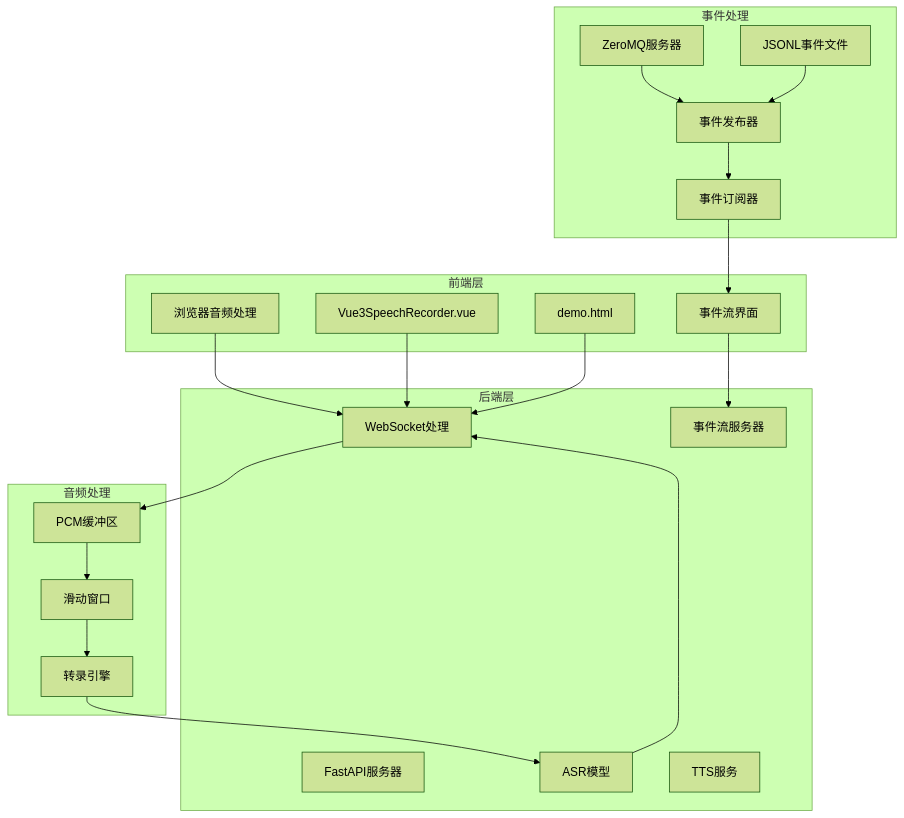
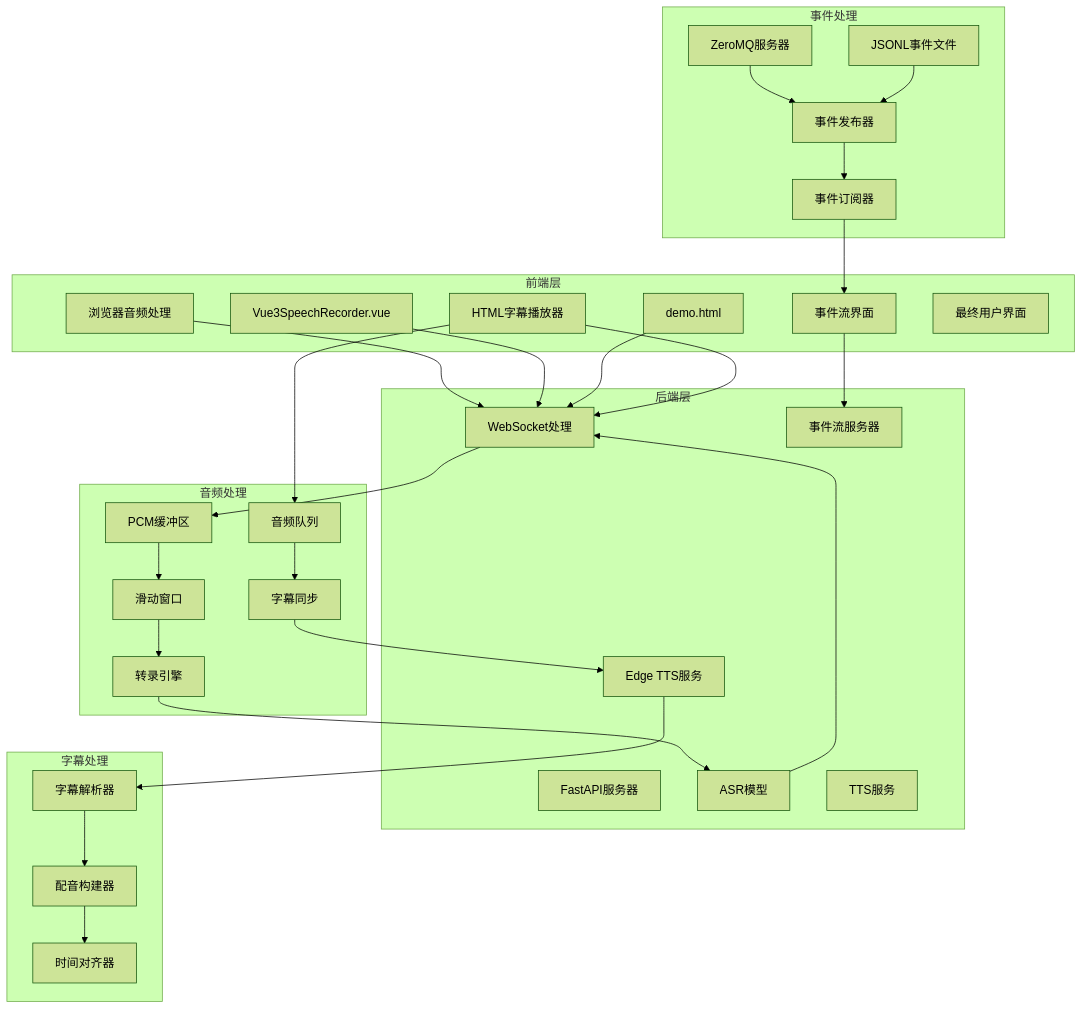
One commit to 1024dashen/Vue3Speech changed the first of 13 diagrams in .qoder/repowiki/zh/content/后端服务架构/WebSocket实时处理.md. Above: the diagram before and after it, drawn with Mermaid (forest theme). The commit also changed other lines of this file and 7 other files, not shown here.

````diff
--- a/.qoder/repowiki/zh/content/后端服务架构/WebSocket实时处理.md
+++ b/.qoder/repowiki/zh/content/后端服务架构/WebSocket实时处理.md
@@ -48,40 +54,57 @@
 ```mermaid
 graph TB
 subgraph "前端层"
 Vue[Vue3SpeechRecorder.vue]
 Demo[demo.html]
+SubtitlePlayer[HTML字幕播放器]
 Browser[浏览器音频处理]
 EventUI[事件流界面]
+EndUser[最终用户界面]
 end
 subgraph "后端层"
 FastAPI[FastAPI服务器]
 WebSocket[WebSocket处理]
 ASR[ASR模型]
 TTS[TTS服务]
 EventServer[事件流服务器]
+EdgeTTS[Edge TTS服务]
 end
 subgraph "音频处理"
 Buffer[PCM缓冲区]
 Window[滑动窗口]
 Transcribe[转录引擎]
+AudioQueue[音频队列]
+SubtitleSync[字幕同步]
 end
 subgraph "事件处理"
 ZMQServer[ZeroMQ服务器]
 EventPublisher[事件发布器]
 EventSubscriber[事件订阅器]
 EventFile[JSONL事件文件]
 end
+subgraph "字幕处理"
+SubtitleParser[字幕解析器]
+VoiceoverBuilder[配音构建器]
+TimeAligner[时间对齐器]
+end
 Browser --> WebSocket
 Vue --> WebSocket
 Demo --> WebSocket
+SubtitlePlayer --> WebSocket
 EventUI --> EventServer
 WebSocket --> Buffer
 Buffer --> Window
 Window --> Transcribe
 Transcribe --> ASR
 ASR --> WebSocket
 ZMQServer --> EventPublisher
 EventPublisher --> EventSubscriber
 EventFile --> EventPublisher
 EventSubscriber --> EventUI
+SubtitlePlayer --> AudioQueue
+AudioQueue --> SubtitleSync
+SubtitleSync --> EdgeTTS
+EdgeTTS --> SubtitleParser
+SubtitleParser --> VoiceoverBuilder
+VoiceoverBuilder --> TimeAligner
 ```
````
